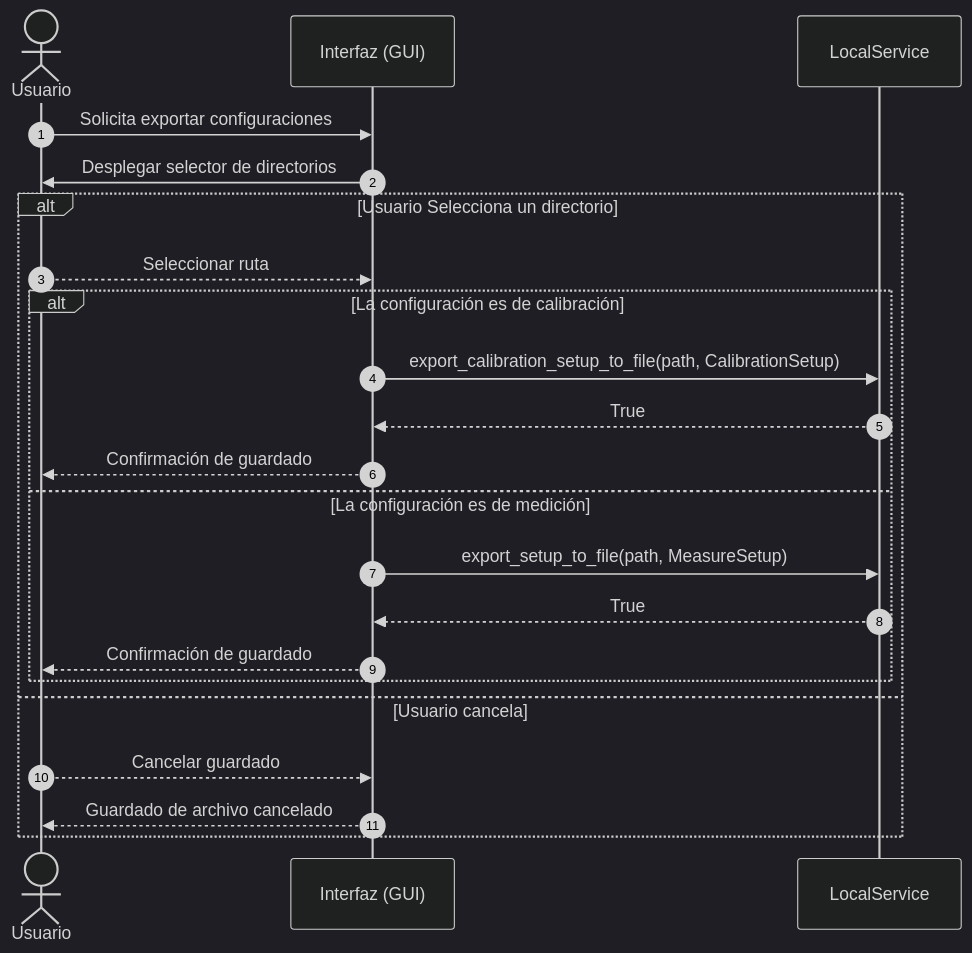
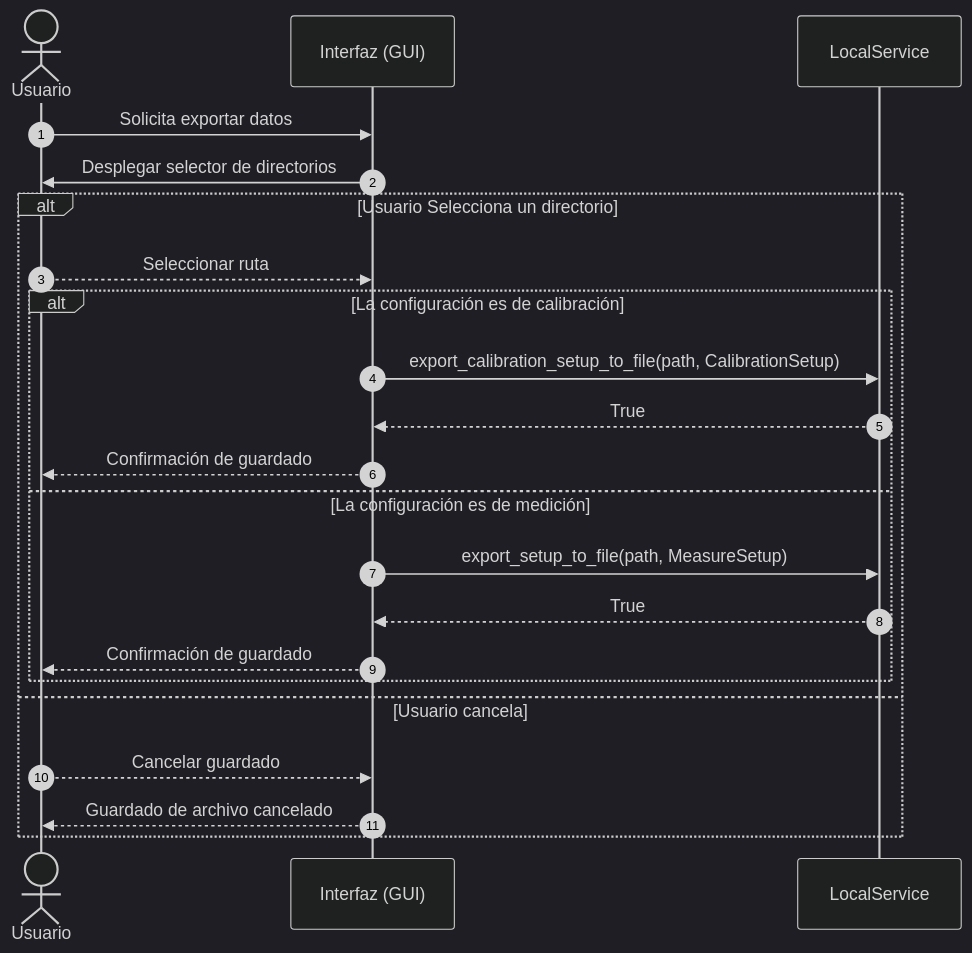
The sixth of 13 diagrams in Gmini-MarkDown/Diagramas/Diagramas de Secuencia.md (alegrelias/Repo-GMini), drawn with Mermaid (dark theme) before and after one commit. The commit also changed other lines of this file, not shown here.

Commit message:
Se agrega diagrama de secuencia

````diff
--- a/Gmini-MarkDown/Diagramas/Diagramas de Secuencia.md
+++ b/Gmini-MarkDown/Diagramas/Diagramas de Secuencia.md
@@ -158,26 +181,26 @@
 ```mermaid
 sequenceDiagram
 autonumber
 
 actor U as Usuario
 participant G as Interfaz (GUI)
 participant local as LocalService
 
-U->>G: Solicita exportar configuraciones
+U->>G: Solicita exportar datos
 G->>U: Desplegar selector de directorios
 alt Usuario Selecciona un directorio
 	U-->>G: Seleccionar ruta
 	alt La configuración es de calibración
 		G->>local: export_calibration_setup_to_file(path, CalibrationSetup)
 		local-->>G: True
 		G-->>U: Confirmación de guardado
 	else La configuración es de medición
 		G->>local: export_setup_to_file(path, MeasureSetup)
 		local-->>G: True
 		G-->>U: Confirmación de guardado
 	end
 else Usuario cancela
 	U-->>G: Cancelar guardado
 	G-->>U: Guardado de archivo cancelado
 end
 ```
````
